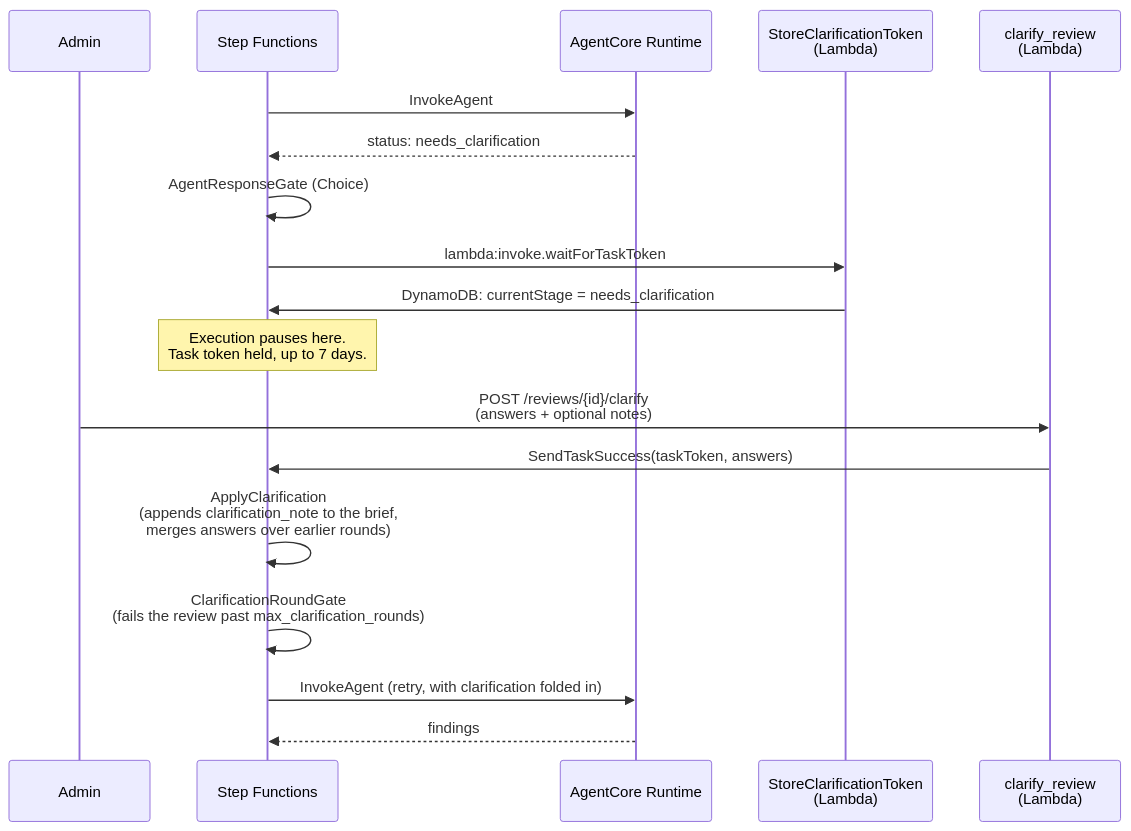
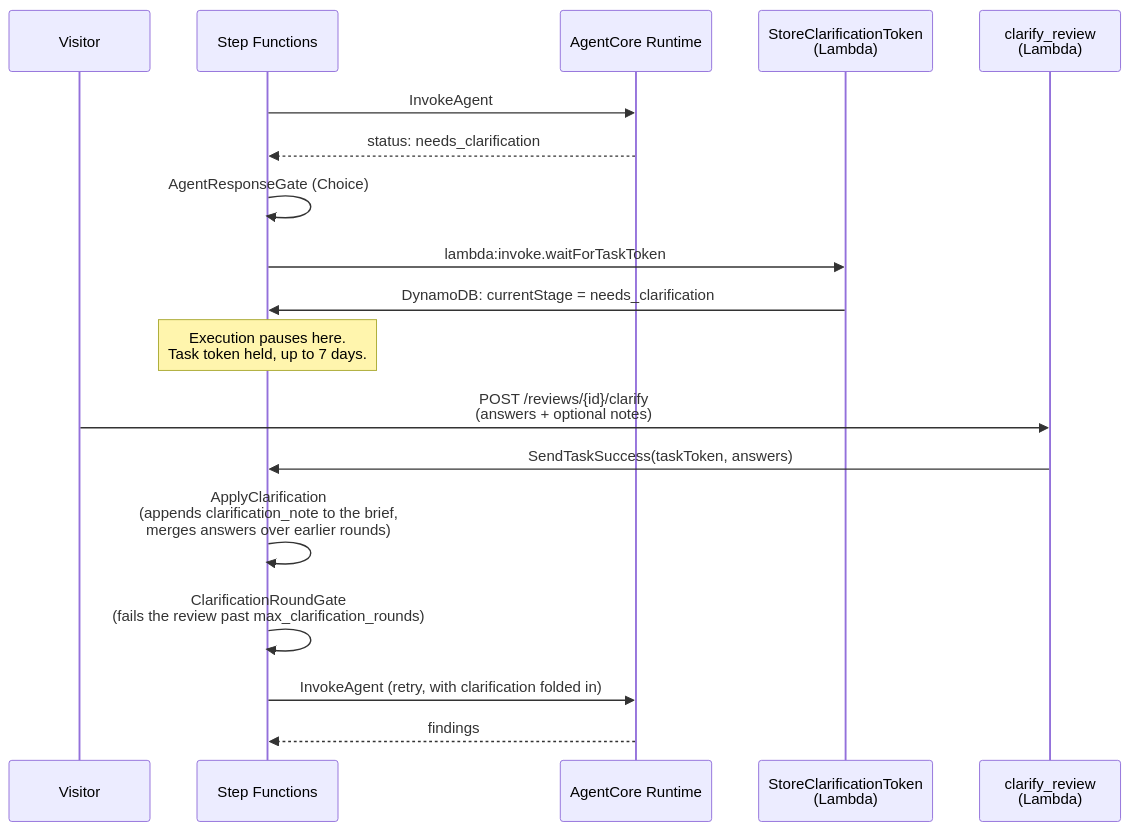
The second of 2 diagrams in docs/architecture.md (nandohtorres/archibrief), drawn with Mermaid before and after one commit. The commit also changed other lines of this file and 68 other files, not shown here.

````diff
--- a/docs/architecture.md
+++ b/docs/architecture.md
@@ -184,21 +187,21 @@
 ```mermaid
 sequenceDiagram
-    participant Admin
+    participant Visitor
     participant SFN as Step Functions
     participant Agent as AgentCore Runtime
     participant SCT as StoreClarificationToken<br/>(Lambda)
     participant CR as clarify_review<br/>(Lambda)
 
     SFN->>Agent: InvokeAgent
     Agent-->>SFN: status: needs_clarification
     SFN->>SFN: AgentResponseGate (Choice)
     SFN->>SCT: lambda:invoke.waitForTaskToken
     SCT->>SFN: DynamoDB: currentStage = needs_clarification
     Note over SFN: Execution pauses here.<br/>Task token held, up to 7 days.
-    Admin->>CR: POST /reviews/{id}/clarify<br/>(answers + optional notes)
+    Visitor->>CR: POST /reviews/{id}/clarify<br/>(answers + optional notes)
     CR->>SFN: SendTaskSuccess(taskToken, answers)
     SFN->>SFN: ApplyClarification<br/>(appends clarification_note to the brief,<br/>merges answers over earlier rounds)
     SFN->>SFN: ClarificationRoundGate<br/>(fails the review past max_clarification_rounds)
     SFN->>Agent: InvokeAgent (retry, with clarification folded in)
     Agent-->>SFN: findings
 ```
````
